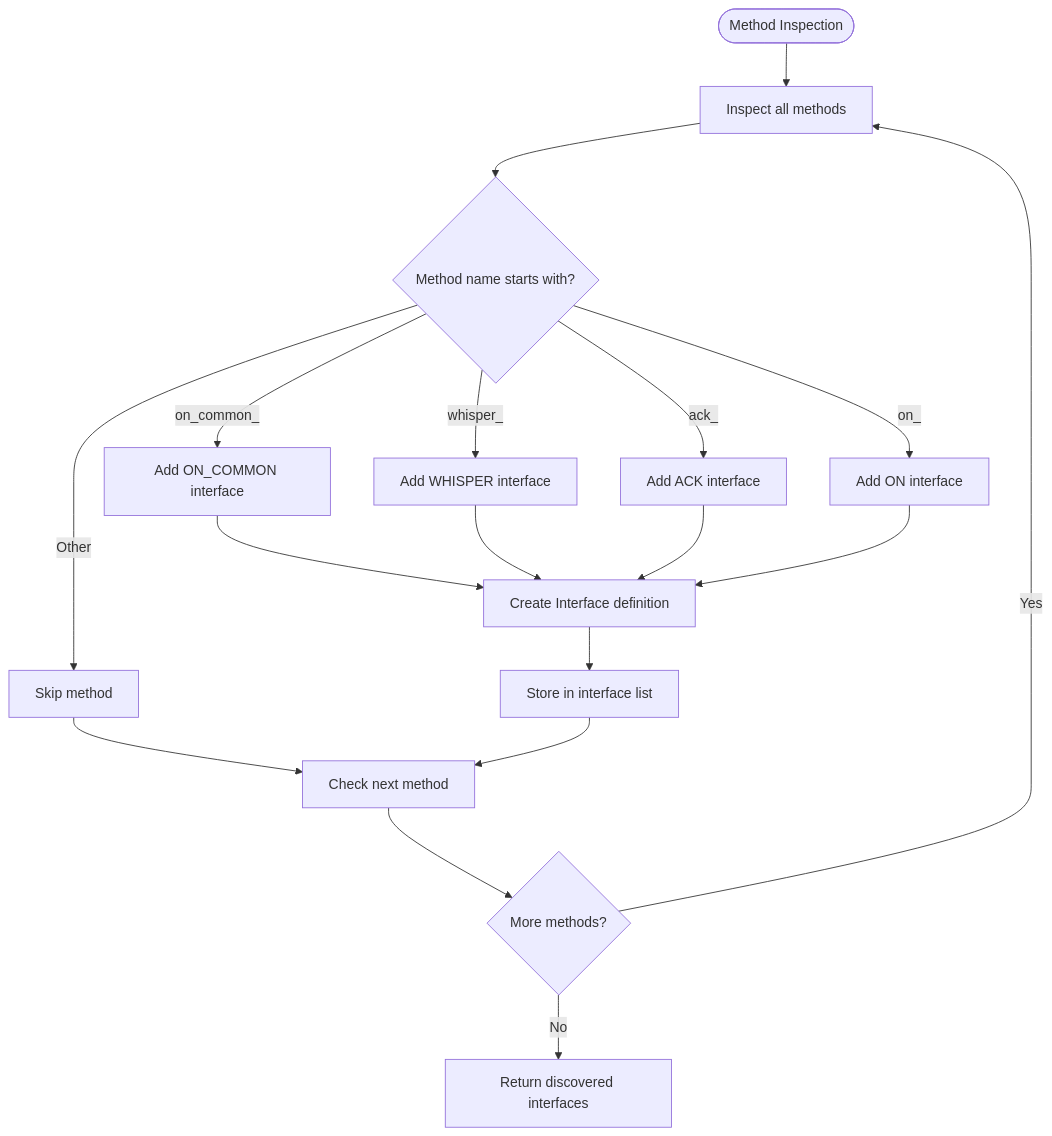
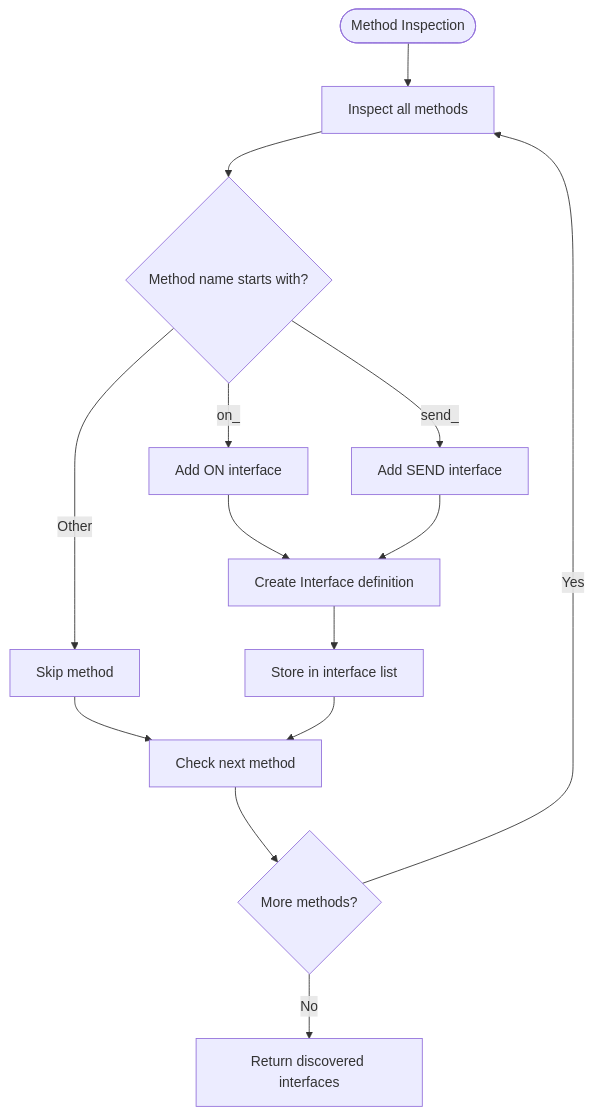
The third of 8 diagrams in .qoder/repowiki/en/content/Core Components/TycheModule System.md (zt281/TycheEngine), drawn with Mermaid before and after one commit. The commit also changed other lines of this file and 34 other files, not shown here.

````diff
--- a/.qoder/repowiki/en/content/Core Components/TycheModule System.md
+++ b/.qoder/repowiki/en/content/Core Components/TycheModule System.md
@@ -211,20 +214,16 @@
 ```mermaid
 flowchart TD
 Start([Method Inspection]) --> GetMethods["Inspect all methods"]
 GetMethods --> CheckName{"Method name starts with?"}
-CheckName --> |on_common_| AddCommon["Add ON_COMMON interface"]
-CheckName --> |whisper_| AddWhisper["Add WHISPER interface"]
-CheckName --> |ack_| AddAck["Add ACK interface"]
 CheckName --> |on_| AddOn["Add ON interface"]
+CheckName --> |send_| AddSend["Add SEND interface"]
 CheckName --> |Other| Skip["Skip method"]
-AddCommon --> CreateInterface["Create Interface definition"]
-AddWhisper --> CreateInterface
-AddAck --> CreateInterface
-AddOn --> CreateInterface
+AddOn --> CreateInterface["Create Interface definition"]
+AddSend --> CreateInterface
 CreateInterface --> StoreInterfaces["Store in interface list"]
 Skip --> NextMethod["Check next method"]
 StoreInterfaces --> NextMethod
 NextMethod --> CheckComplete{"More methods?"}
 CheckComplete --> |Yes| GetMethods
 CheckComplete --> |No| ReturnInterfaces["Return discovered interfaces"]
 ```
````
